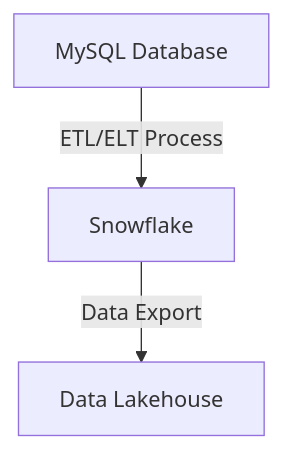
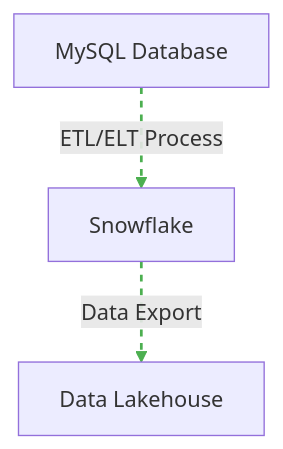
The second of 2 diagrams in README.md (vdonthireddy/llm-agent), drawn with Mermaid before and after one commit. The commit also changed other lines of this file, not shown here.

Commit message:
added a test mermaid diagram

````diff
--- a/README.md
+++ b/README.md
@@ -16,5 +18,8 @@
 ```mermaid
 flowchart TB
     A[MySQL Database] -->|ETL/ELT Process| B[Snowflake]
     B -->|Data Export| C[Data Lakehouse]
+
+    linkStyle 0 stroke:#4CAF50,stroke-width:2px,stroke-dasharray:5,animation:dash 2s linear infinite;
+    linkStyle 1 stroke:#4CAF50,stroke-width:2px,stroke-dasharray:5,animation:dash 2s linear infinite;
 ```
````
